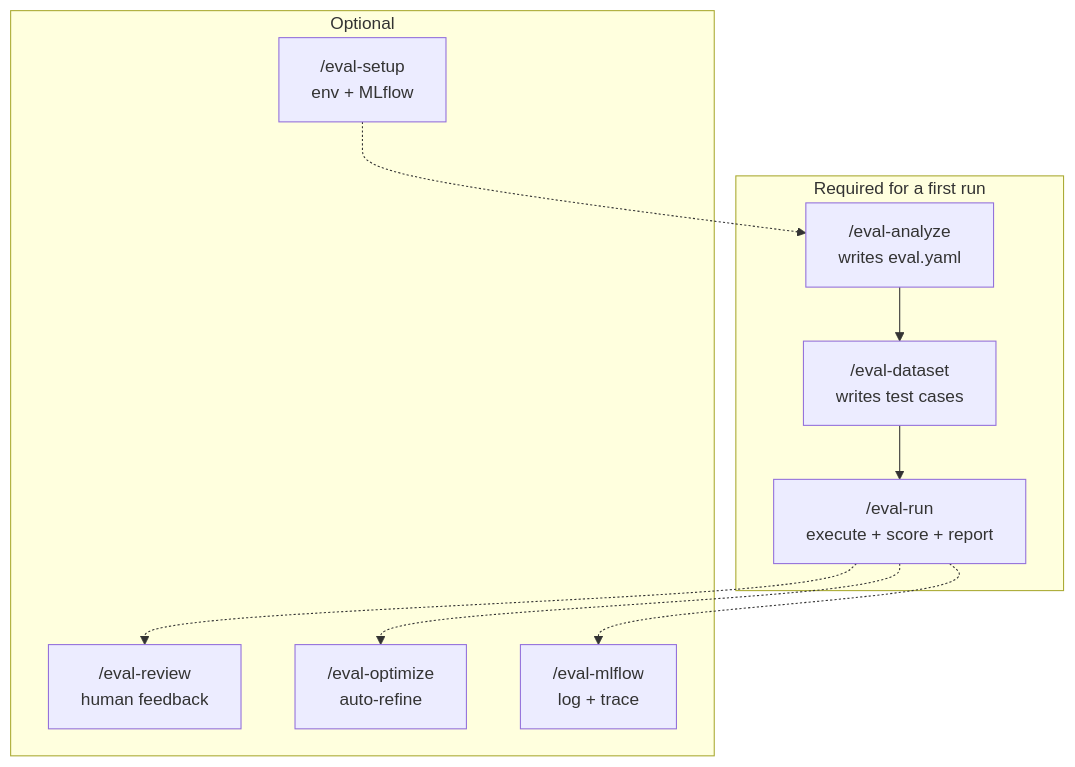
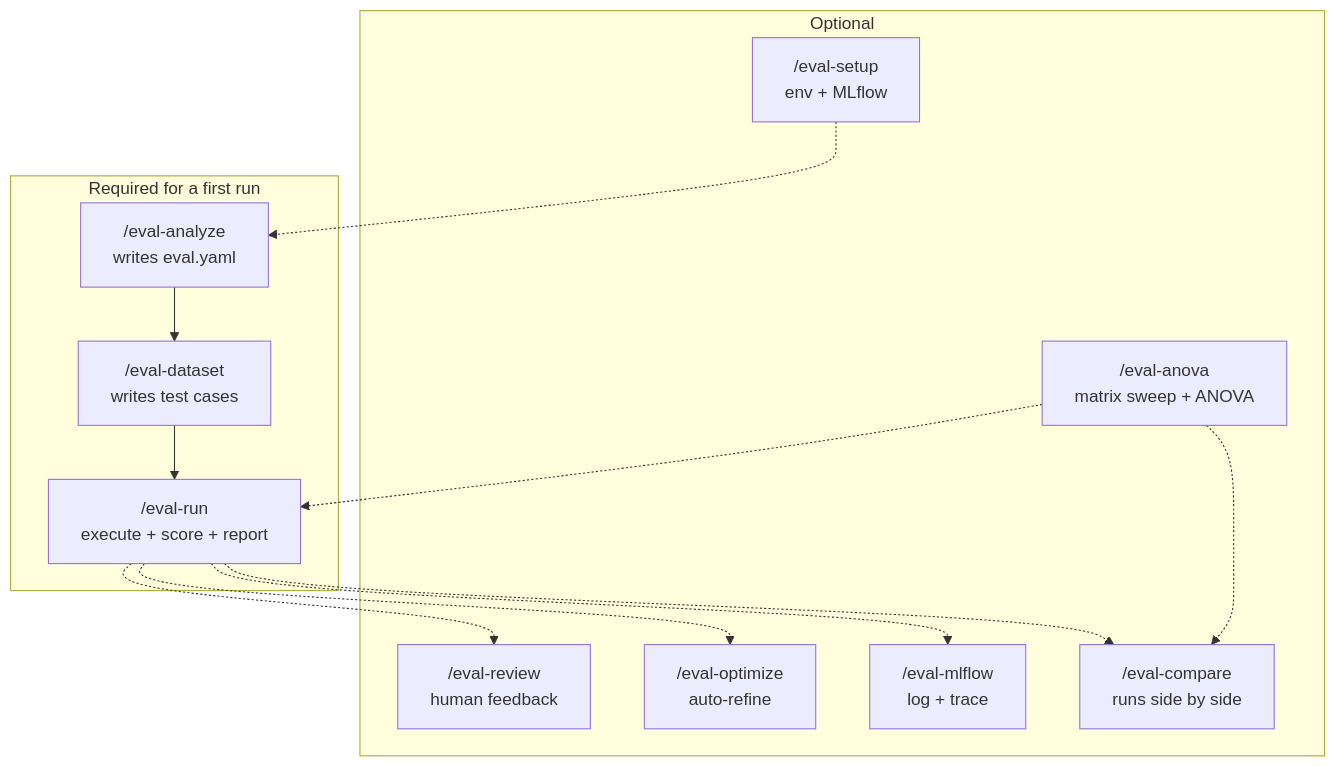
One commit to AIMikav/agent-eval-harness changed the diagram in website/get-started/index.md. Above: the diagram before and after it, drawn with Mermaid. The commit also changed other lines of this file and 6 other files, not shown here.

````diff
--- a/website/get-started/index.md
+++ b/website/get-started/index.md
@@ -25,13 +26,16 @@
 ``` mermaid
 graph TD
     subgraph required ["Required for a first run"]
         A["/eval-analyze<br/>writes eval.yaml"] --> D["/eval-dataset<br/>writes test cases"]
         D --> R["/eval-run<br/>execute + score + report"]
     end
     subgraph optional ["Optional"]
         S["/eval-setup<br/>env + MLflow"] -.-> A
         R -.-> V["/eval-review<br/>human feedback"]
         R -.-> O["/eval-optimize<br/>auto-refine"]
         R -.-> M["/eval-mlflow<br/>log + trace"]
+        R -.-> C["/eval-compare<br/>runs side by side"]
+        N["/eval-anova<br/>matrix sweep + ANOVA"] -.-> R
+        N -.-> C
     end
 ```
````
